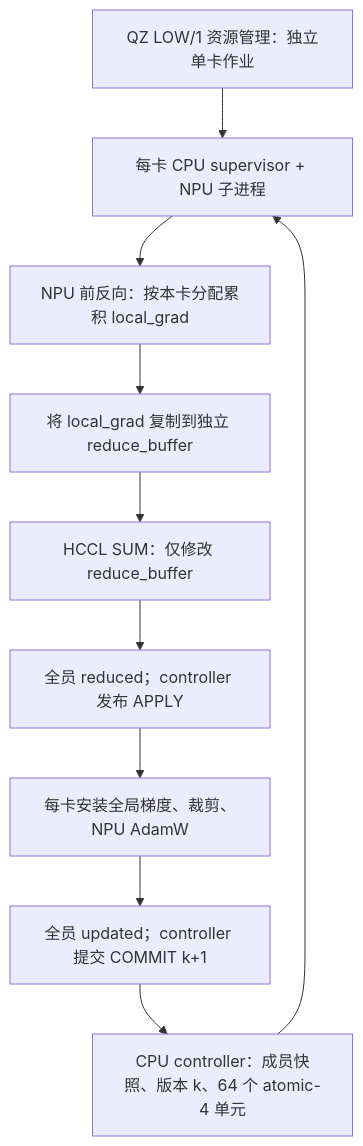
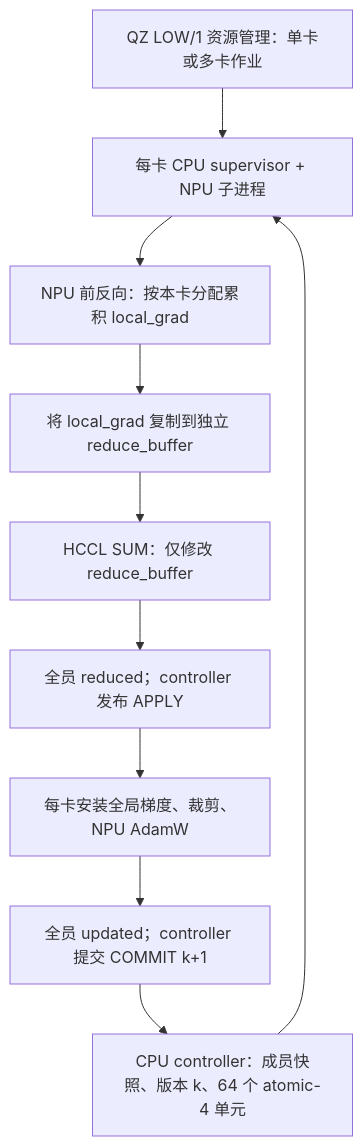
The first of 2 diagrams in docs/01_architecture.md (dongyingyibadao/fragment_training_kit), drawn with Mermaid before and after one commit. The commit also changed other lines of this file and 39 other files, not shown here.

````diff
--- a/docs/01_architecture.md
+++ b/docs/01_architecture.md
@@ -7,12 +7,12 @@
 ```mermaid
 flowchart TD
-    P["QZ LOW/1 资源管理：独立单卡作业"] --> S["每卡 CPU supervisor + NPU 子进程"]
+    P["QZ LOW/1 资源管理：单卡或多卡作业"] --> S["每卡 CPU supervisor + NPU 子进程"]
     C["CPU controller：成员快照、版本 k、64 个 atomic-4 单元"] --> S
     S --> F["NPU 前反向：按本卡分配累积 local_grad"]
     F --> B["将 local_grad 复制到独立 reduce_buffer"]
     B --> R["HCCL SUM：仅修改 reduce_buffer"]
     R --> A["全员 reduced；controller 发布 APPLY"]
     A --> U["每卡安装全局梯度、裁剪、NPU AdamW"]
     U --> K["全员 updated；controller 提交 COMMIT k+1"]
     K --> C
 ```
````
